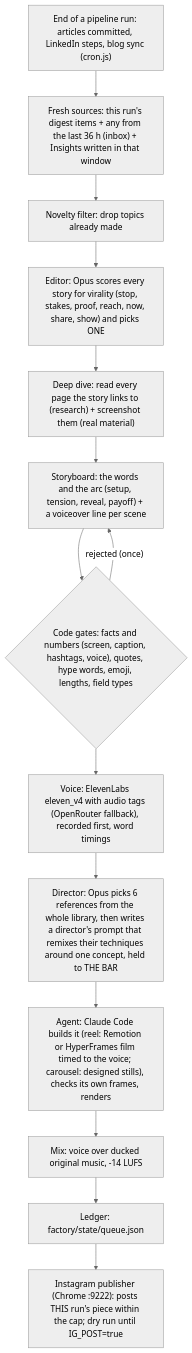
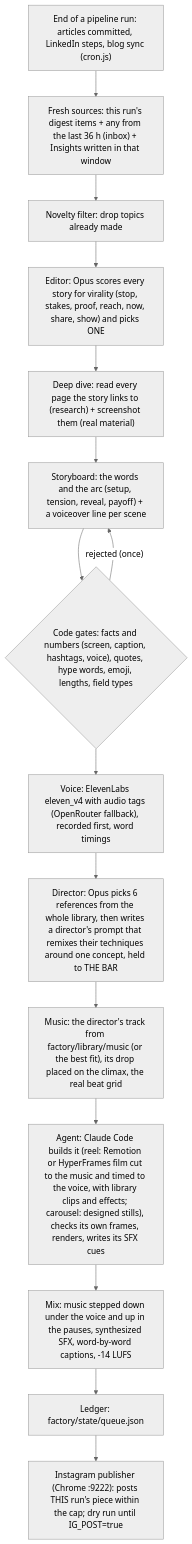
One commit to Drix10/ai-resources-pipeline changed the diagram in docs/CONTENT_FACTORY.md. Above: the diagram before and after it, drawn with Mermaid (neutral theme). The commit also changed other lines of this file and 54 other files, not shown here.

````diff
--- a/docs/CONTENT_FACTORY.md
+++ b/docs/CONTENT_FACTORY.md
@@ -7,16 +7,17 @@
 ```mermaid
 flowchart TD
     A["End of a pipeline run: articles committed, LinkedIn steps, blog sync (cron.js)"] --> B["Fresh sources: this run's digest items + any from the last 36 h (inbox) + Insights written in that window"]
     B --> C["Novelty filter: drop topics already made"]
     C --> P["Editor: Opus scores every story for virality (stop, stakes, proof, reach, now, share, show) and picks ONE"]
     P --> R["Deep dive: read every page the story links to (research) + screenshot them (real material)"]
     R --> D["Storyboard: the words and the arc (setup, tension, reveal, payoff) + a voiceover line per scene"]
     D --> E{"Code gates: facts and numbers (screen, caption, hashtags, voice), quotes, hype words, emoji, lengths, field types"}
     E -- "rejected (once)" --> D
     E --> V["Voice: ElevenLabs eleven_v4 with audio tags (OpenRouter fallback), recorded first, word timings"]
     V --> S["Director: Opus picks 6 references from the whole library, then writes a director's prompt that remixes their techniques around one concept, held to THE BAR"]
-    S --> H["Agent: Claude Code builds it (reel: Remotion or HyperFrames film timed to the voice; carousel: designed stills), checks its own frames, renders"]
-    H --> M["Mix: voice over ducked original music, -14 LUFS"]
+    S --> U["Music: the director's track from factory/library/music (or the best fit), its drop placed on the climax, the real beat grid"]
+    U --> H["Agent: Claude Code builds it (reel: Remotion or HyperFrames film cut to the music and timed to the voice, with library clips and effects; carousel: designed stills), checks its own frames, renders, writes its SFX cues"]
+    H --> M["Mix: music stepped down under the voice and up in the pauses, synthesized SFX, word-by-word captions, -14 LUFS"]
     M --> K["Ledger: factory/state/queue.json"]
     K --> L["Instagram publisher (Chrome :9222): posts THIS run's piece within the cap; dry run until IG_POST=true"]
 ```
````
